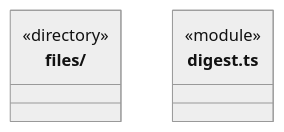
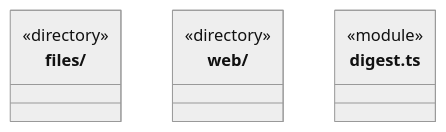
Before and after one commit to nan023062/cbim: the first of 2 diagrams in src/core/platform/node/ARCHITECTURE.md, drawn with Mermaid (neutral theme). The commit also changed other lines of this file and 91 other files, not shown here.

Commit message:
refactor(logic): migrate web services and platform readers

````diff
--- a/src/core/platform/node/ARCHITECTURE.md
+++ b/src/core/platform/node/ARCHITECTURE.md
@@ -17,9 +17,12 @@
 ```mermaid
 classDiagram
 class N_src_core_platform_node_files["files/"] {
+  <<directory>>
+}
+class N_src_core_platform_node_web["web/"] {
   <<directory>>
 }
 class N_src_core_platform_node_digest_ts["digest.ts"] {
   <<module>>
 }
 ```
````
